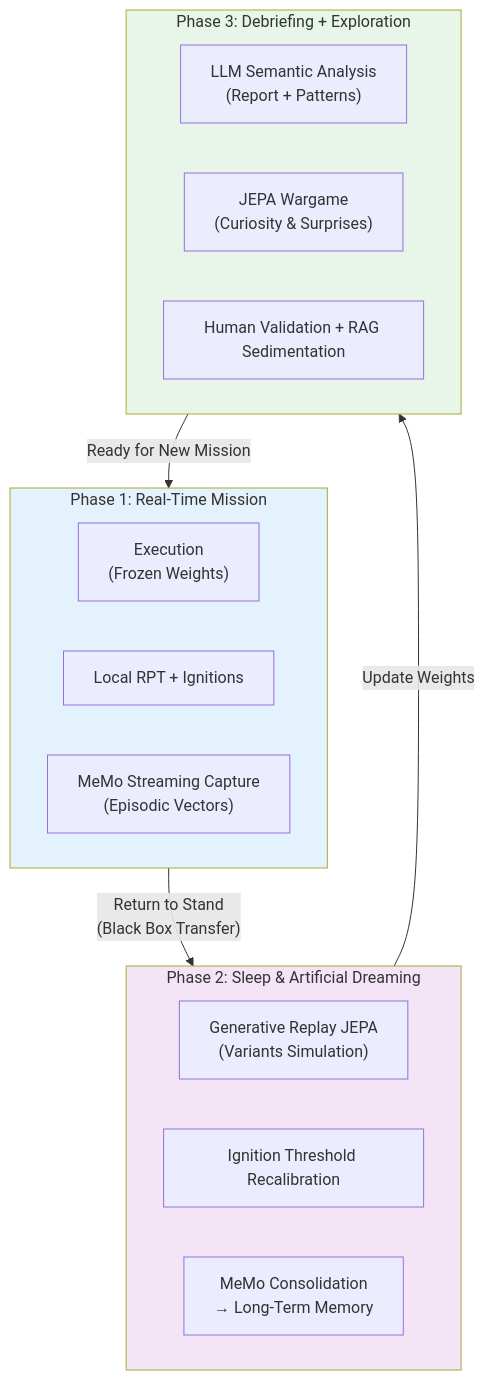
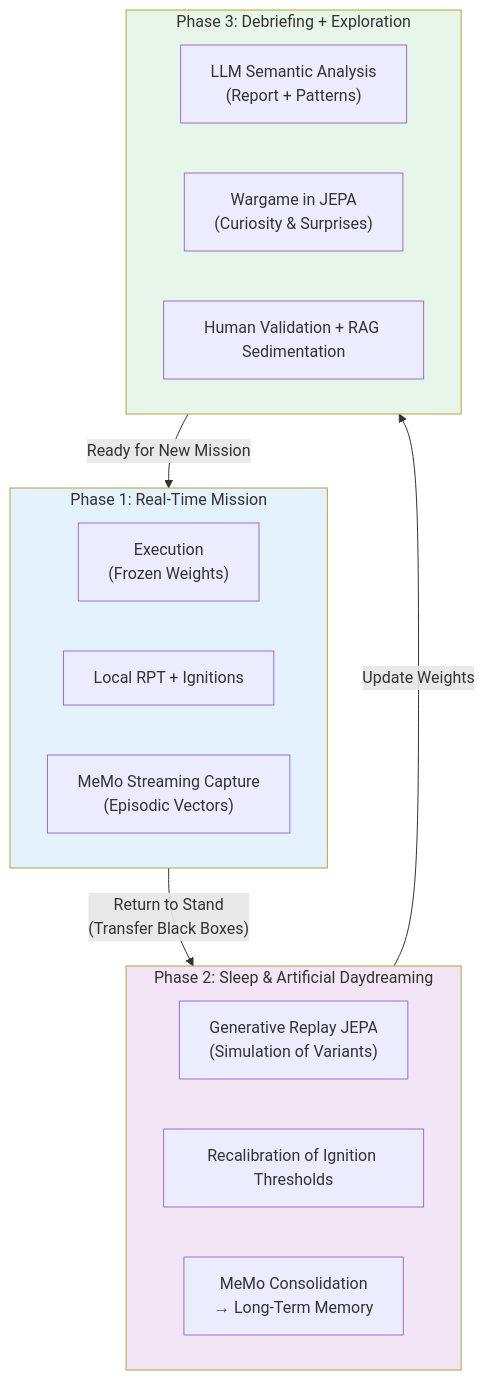
One commit to AlainCo/GNWT-Garrigue-X-en changed the second of 2 diagrams in mvp/mvp.md. Above: the diagram before and after it, drawn with Mermaid. The commit also changed other lines of this file and 31 other files, not shown here.

````diff
--- a/mvp/mvp.md
+++ b/mvp/mvp.md
@@ -86,33 +86,33 @@
 ```mermaid
 flowchart TD
     subgraph Phase1 ["Phase 1: Real-Time Mission"]
         A["Execution\n(Frozen Weights)"]
         B["Local RPT + Ignitions"]
         C["MeMo Streaming Capture\n(Episodic Vectors)"]
     end
 
-    Phase1 -->|"Return to Stand\n(Black Box Transfer)"| Phase2
+    Phase1 -->|"Return to Stand\n(Transfer Black Boxes)"| Phase2
 
-    subgraph Phase2 ["Phase 2: Sleep & Artificial Dreaming"]
-        D["Generative Replay JEPA\n(Variants Simulation)"]
-        E["Ignition Threshold Recalibration"]
+    subgraph Phase2 ["Phase 2: Sleep & Artificial Daydreaming"]
+        D["Generative Replay JEPA\n(Simulation of Variants)"]
+        E["Recalibration of Ignition Thresholds"]
         F["MeMo Consolidation\n→ Long-Term Memory"]
     end
 
     Phase2 -->|"Update Weights"| Phase3
 
     subgraph Phase3 ["Phase 3: Debriefing + Exploration"]
         G["LLM Semantic Analysis\n(Report + Patterns)"]
-        H["JEPA Wargame\n(Curiosity & Surprises)"]
+        H["Wargame in JEPA\n(Curiosity & Surprises)"]
         I["Human Validation + RAG Sedimentation"]
     end
 
     Phase3 -->|"Ready for New Mission"| Phase1
 
     classDef mission fill:#e3f2fd
     classDef sommeil fill:#f3e5f5
     classDef debrief fill:#e8f5e9
     class Phase1 mission
     class Phase2 sommeil
     class Phase3 debrief
 ```
````
